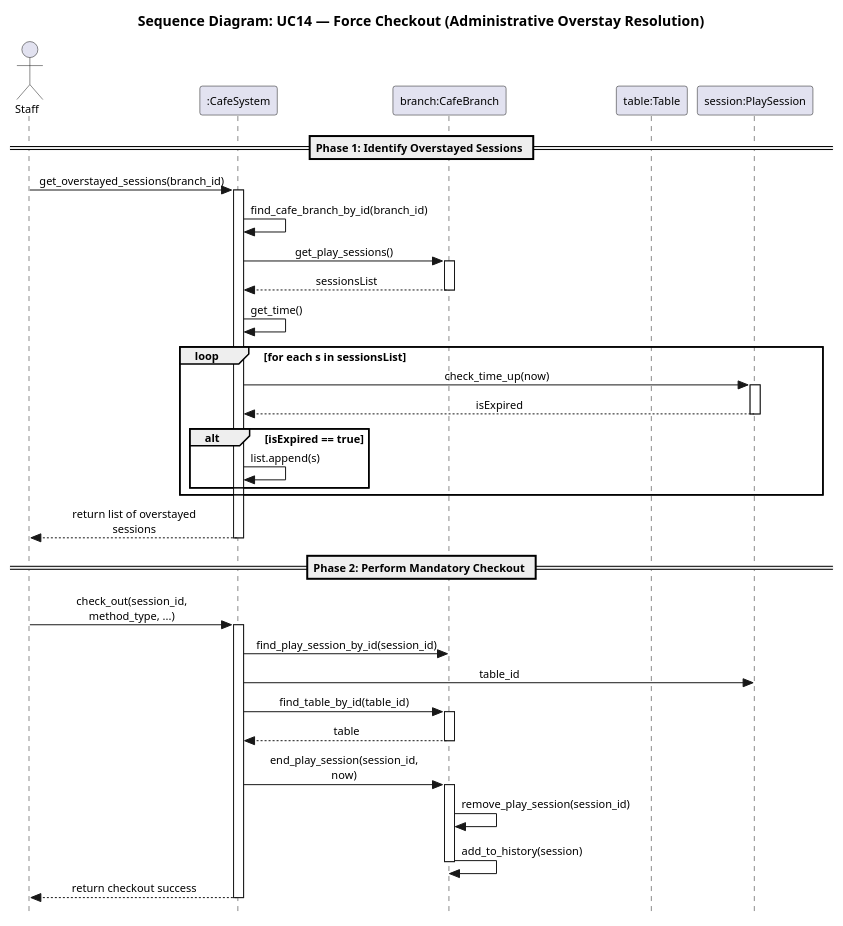
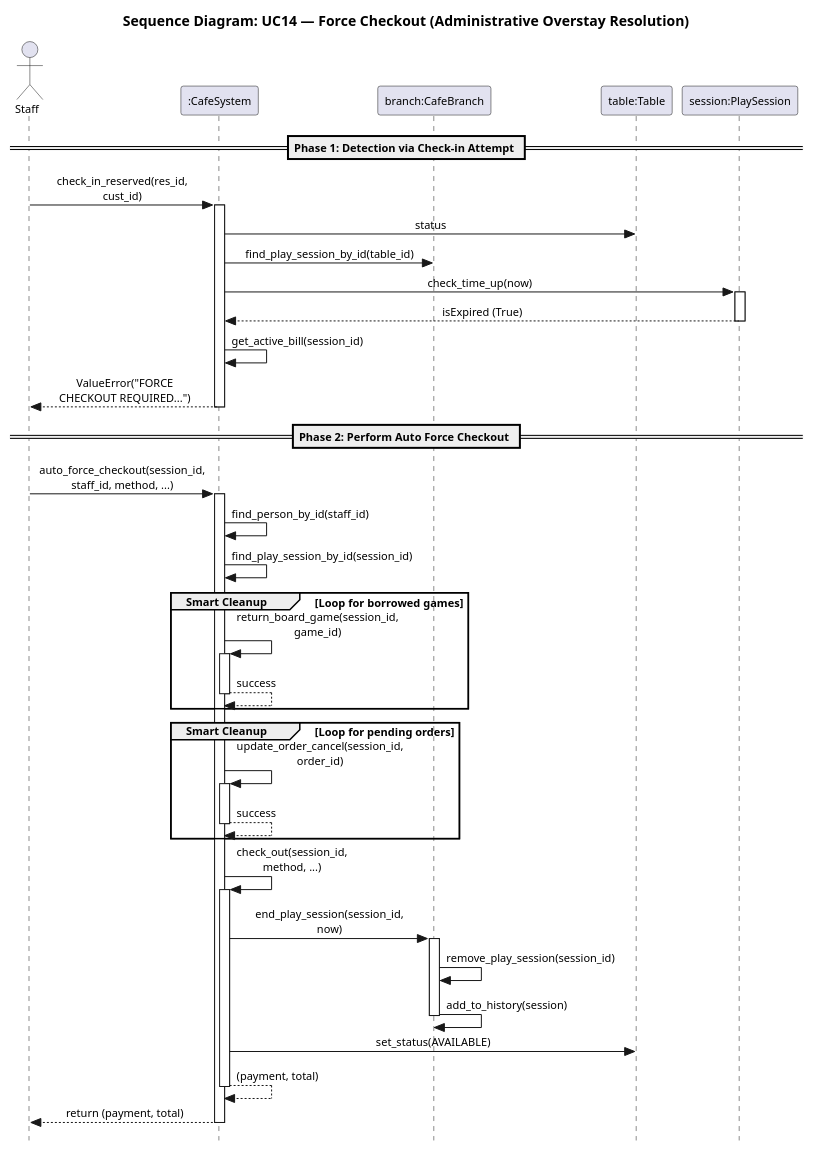
The diagram in Diagram/_Sequence_ForceCheckout.plantuml (hii-nice-2-meet-u/OOP_Project), drawn with PlantUML before and after one commit. The commit also changed 12 other files, not shown here.

```diff
--- a/Diagram/_Sequence_ForceCheckout.plantuml
+++ b/Diagram/_Sequence_ForceCheckout.plantuml
@@ -1,63 +1,66 @@
-@startuml
+@startuml UC14_ForceCheckout
 skinparam style strictuml
 skinparam sequenceMessageAlign center
 skinparam defaultFontSize 11
 skinparam MaxMessageSize 150
 
 title Sequence Diagram: UC14 — Force Checkout (Administrative Overstay Resolution)
 
 actor "Staff" as staff
 participant ":CafeSystem" as system
 participant "branch:CafeBranch" as branch
 participant "table:Table" as table
 participant "session:PlaySession" as session
 
-== Phase 1: Identify Overstayed Sessions ==
+== Phase 1: Detection via Check-in Attempt ==
 
-staff -> system : get_overstayed_sessions(branch_id)
+staff -> system : check_in_reserved(res_id, cust_id)
 activate system
+    system -> table : status
+    system -> branch : find_play_session_by_id(table_id)
+    system -> session : check_time_up(now)
+    activate session
+    session --> system : isExpired (True)
+    deactivate session
+    
+    system -> system : get_active_bill(session_id)
+    system --> staff : ValueError("FORCE CHECKOUT REQUIRED...")
+deactivate system
 
-    system -> system : find_cafe_branch_by_id(branch_id)
-    system -> branch : get_play_sessions()
-    activate branch
-    branch --> system : sessionsList
-    deactivate branch
+== Phase 2: Perform Auto Force Checkout ==
+
+staff -> system : auto_force_checkout(session_id, staff_id, method, ...)
+activate system
+    system -> system : find_person_by_id(staff_id)
+    system -> system : find_play_session_by_id(session_id)
     
-    system -> system : get_time()
-    
-    loop for each s in sessionsList
-        system -> session : check_time_up(now)
-        activate session
-        session --> system : isExpired
-        deactivate session
-        
-        alt isExpired == true
-            system -> system : list.append(s)
-        end
+    group Smart Cleanup [Loop for borrowed games]
+        system -> system : return_board_game(session_id, game_id)
+        activate system
+        system --> system : success
+        deactivate system
     end
     
-    system --> staff : return list of overstayed sessions
-deactivate system
-
-== Phase 2: Perform Mandatory Checkout ==
-
-staff -> system : check_out(session_id, method_type, ...)
-activate system
-    system -> branch : find_play_session_by_id(session_id)
-    system -> session : table_id
-    system -> branch : find_table_by_id(table_id)
-    activate branch
-    branch --> system : table
-    deactivate branch
+    group Smart Cleanup [Loop for pending orders]
+        system -> system : update_order_cancel(session_id, order_id)
+        activate system
+        system --> system : success
+        deactivate system
+    end
     
-    ' Transactional Logic
-    system -> branch : end_play_session(session_id, now)
-    activate branch
-    branch -> branch : remove_play_session(session_id)
-    branch -> branch : add_to_history(session)
-    deactivate branch
+    system -> system : check_out(session_id, method, ...)
+    activate system
+        system -> branch : end_play_session(session_id, now)
+        activate branch
+            branch -> branch : remove_play_session(session_id)
+            branch -> branch : add_to_history(session)
+        deactivate branch
+        
+        system -> table : set_status(AVAILABLE)
+        system --> system : (payment, total)
+    deactivate system
     
-    system --> staff : return checkout success
+    system --> staff : return (payment, total)
 deactivate system
 
 @enduml
```
